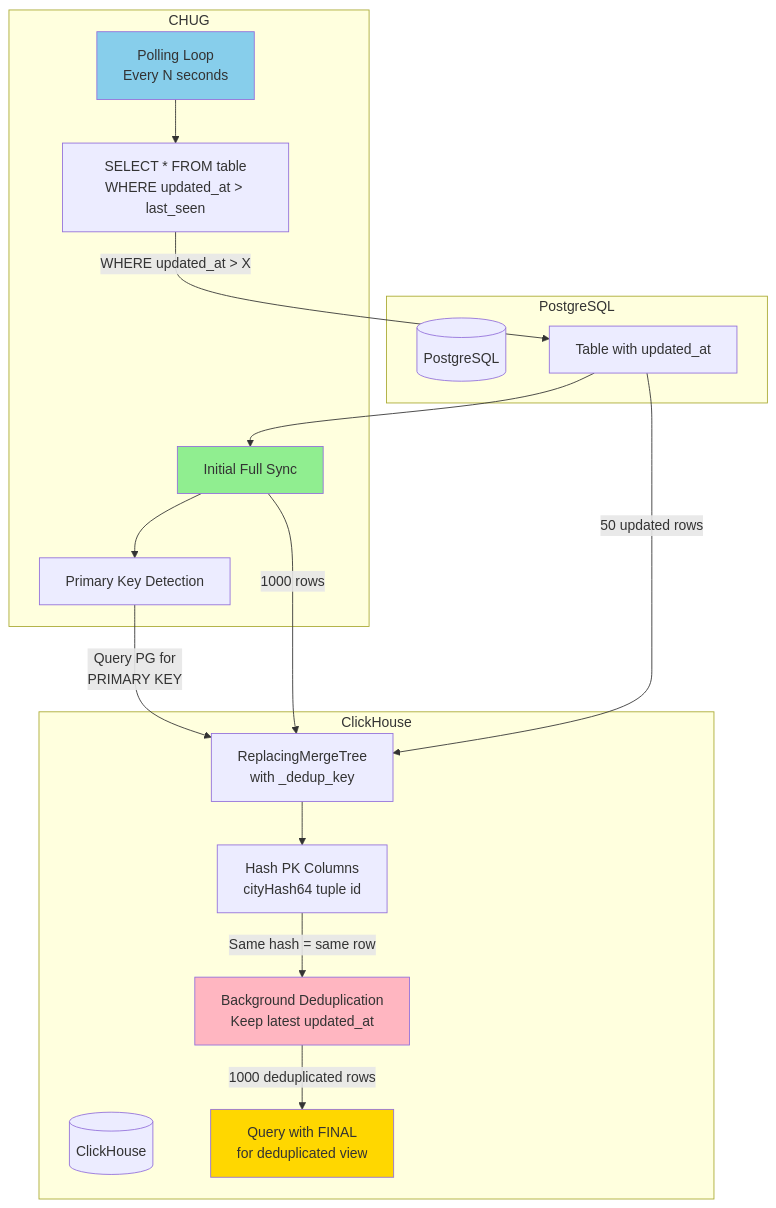
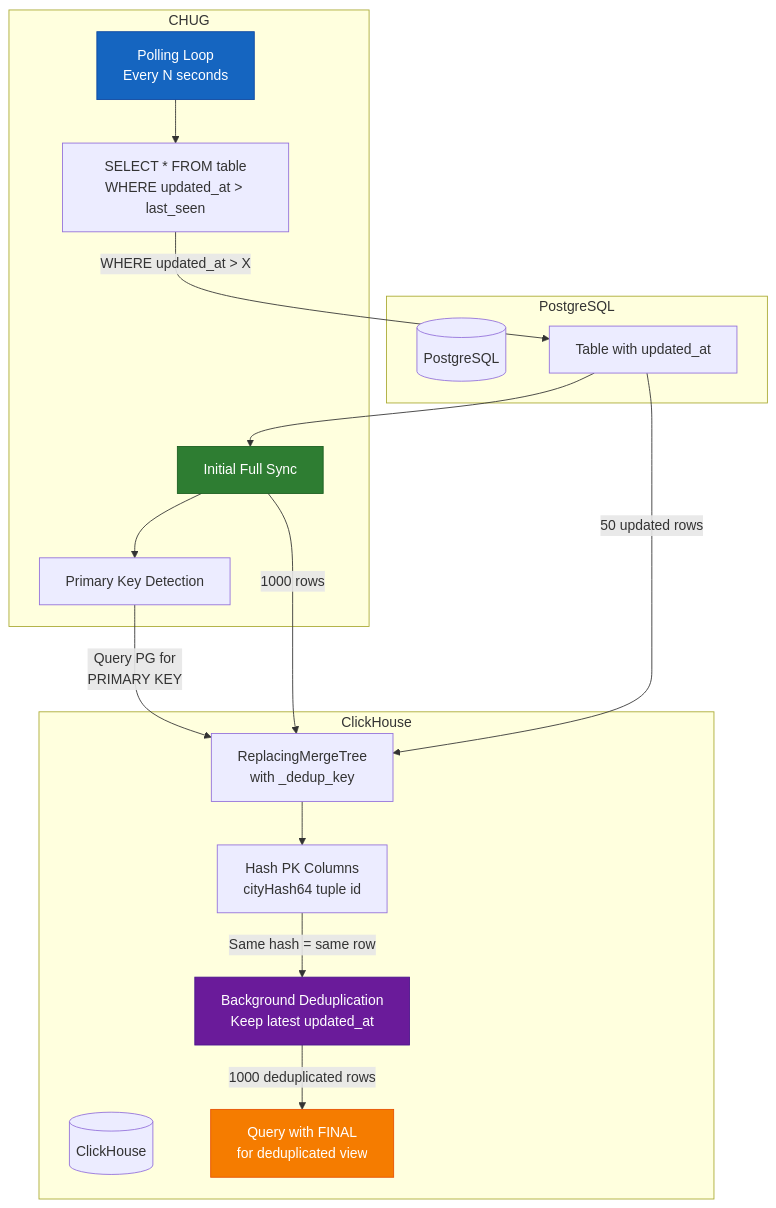
One commit to pixperk/chug changed the second of 2 diagrams in README.md. Above: the diagram before and after it, drawn with Mermaid. The commit also changed other lines of this file and 3 other files, not shown here.

````diff
--- a/README.md
+++ b/README.md
@@ -339,40 +351,40 @@
 ```mermaid
 graph TB
     subgraph PostgreSQL
         PG[(PostgreSQL)]
         PG_DATA[Table with updated_at]
     end
 
     subgraph CHUG
         INIT[Initial Full Sync]
         DETECT[Primary Key Detection]
         POLL[Polling Loop<br/>Every N seconds]
         QUERY["SELECT * FROM table<br/>WHERE updated_at > last_seen"]
     end
 
     subgraph ClickHouse
         CH[(ClickHouse)]
         RMT[ReplacingMergeTree<br/>with _dedup_key]
         HASH[Hash PK Columns<br/>cityHash64 tuple id]
         DEDUP[Background Deduplication<br/>Keep latest updated_at]
         FINAL[Query with FINAL<br/>for deduplicated view]
     end
 
     PG_DATA --> INIT
     INIT --> DETECT
     DETECT --> |"Query PG for<br/>PRIMARY KEY"| RMT
     INIT --> |"1000 rows"| RMT
 
     POLL --> QUERY
     QUERY --> |"WHERE updated_at > X"| PG_DATA
     PG_DATA --> |"50 updated rows"| RMT
 
     RMT --> HASH
     HASH --> |"Same hash = same row"| DEDUP
     DEDUP --> |"1000 deduplicated rows"| FINAL
 
-    style INIT fill:#90EE90
-    style POLL fill:#87CEEB
-    style DEDUP fill:#FFB6C1
-    style FINAL fill:#FFD700
+    style INIT fill:#2E7D32,stroke:#1B5E20,color:#FFF
+    style POLL fill:#1565C0,stroke:#0D47A1,color:#FFF
+    style DEDUP fill:#6A1B9A,stroke:#4A148C,color:#FFF
+    style FINAL fill:#F57C00,stroke:#E65100,color:#FFF
 ```
````
